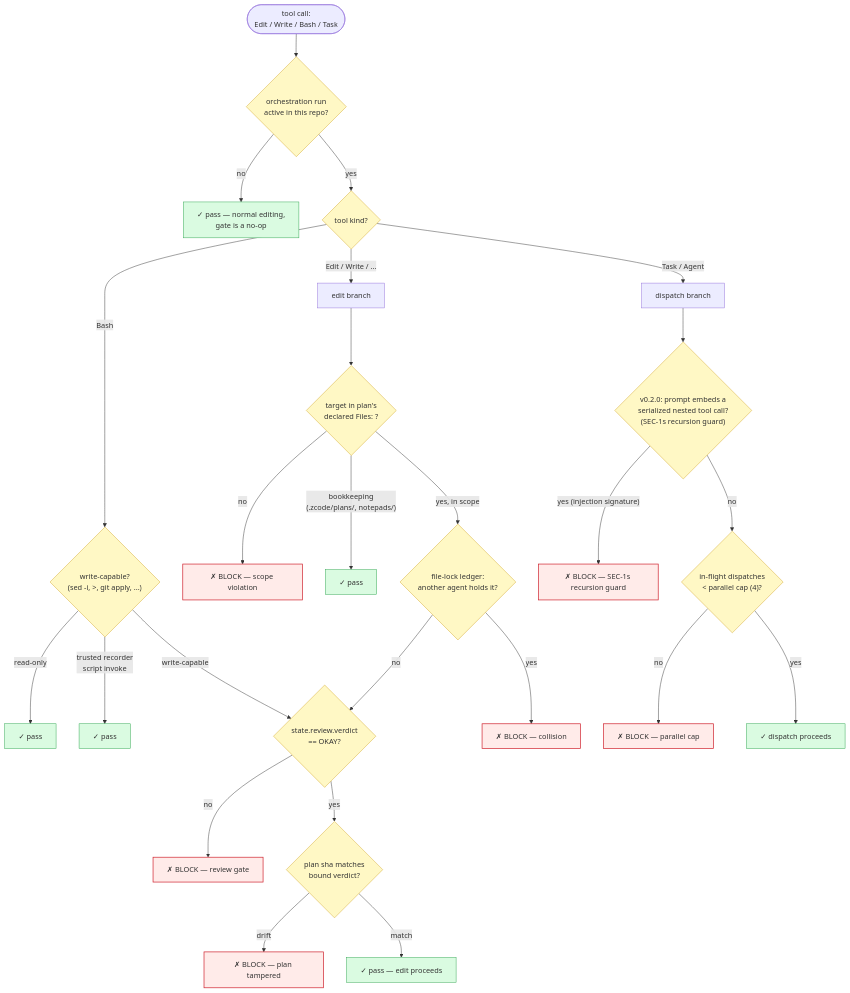
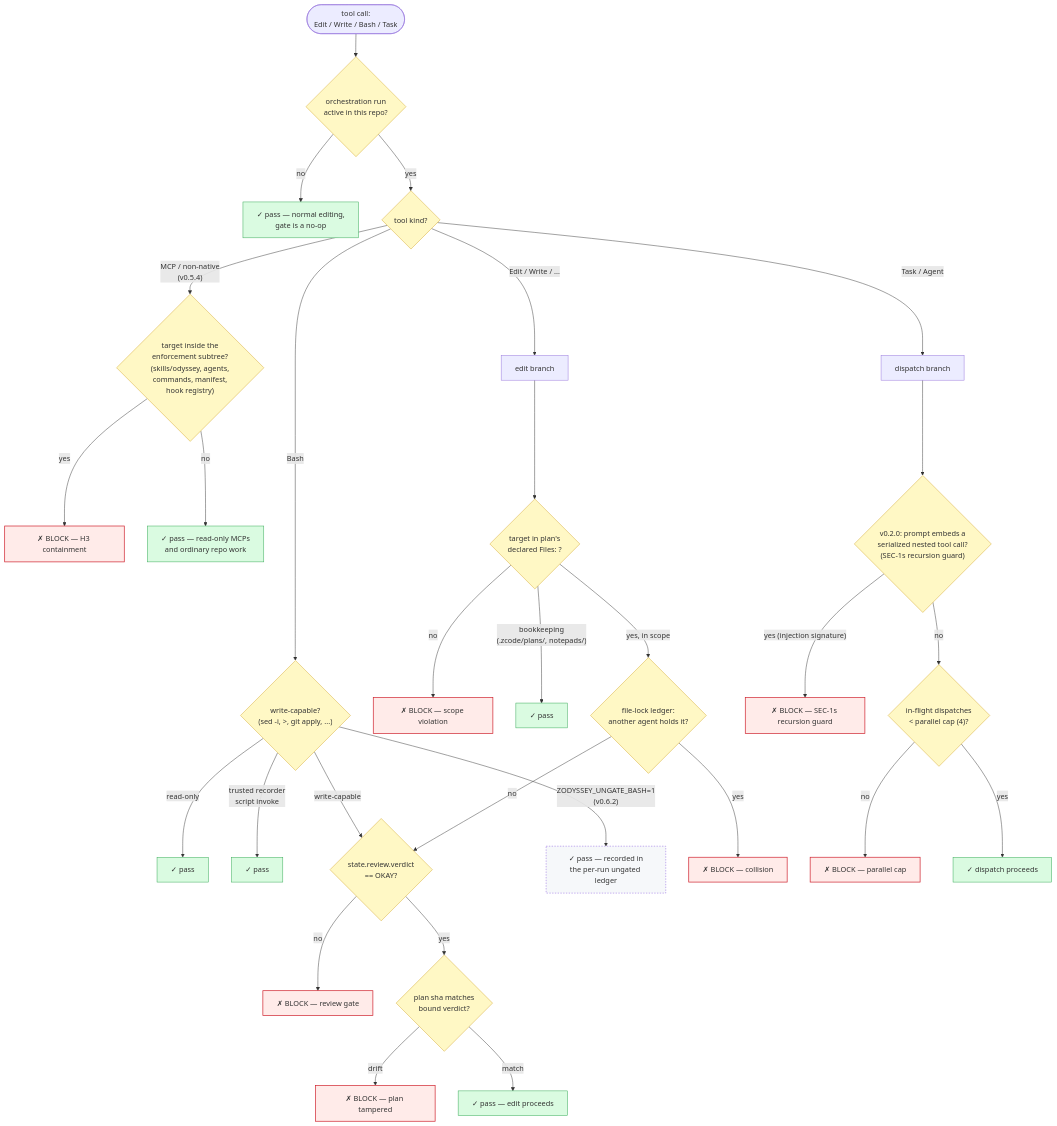
One commit to amartinawi/zodyssey changed the fourth of 6 diagrams in docs/diagrams.md. Above: the diagram before and after it, drawn with Mermaid. The commit also changed other lines of this file and 7 other files, not shown here.

First line of the commit message:
docs: refresh README + diagrams for v0.5.4-v0.6.3; correct the zero-caller caveat

````diff
--- a/docs/diagrams.md
+++ b/docs/diagrams.md
@@ -100,39 +130,46 @@
 ```mermaid
 flowchart TD
     START(["tool call:<br/>Edit / Write / Bash / Task"]) --> ACTIVE{"orchestration run<br/>active in this repo?"}
     ACTIVE -- "no" --> PASS1["✓ pass — normal editing,<br/>gate is a no-op"]
     ACTIVE -- "yes" --> KIND{"tool kind?"}
 
     KIND -- "Task / Agent" --> DISP["dispatch branch"]
     KIND -- "Bash" --> BASH{"write-capable?<br/>(sed -i, >, git apply, ...)"}
     KIND -- "Edit / Write / ..." --> EDIT["edit branch"]
+    KIND -- "MCP / non-native<br/>(v0.5.4)" --> MCP{"target inside the<br/>enforcement subtree?<br/>(skills/odyssey, agents,<br/>commands, manifest,<br/>hook registry)"}
+
+    MCP -- "yes" --> BLOCK6["✗ BLOCK — H3 containment"]
+    MCP -- "no" --> PASS7["✓ pass — read-only MCPs<br/>and ordinary repo work"]
 
     BASH -- "read-only" --> PASS2["✓ pass"]
     BASH -- "trusted recorder<br/>script invoke" --> PASS3["✓ pass"]
     BASH -- "write-capable" --> VERDICT1
+    BASH -- "ZODYSSEY_UNGATE_BASH=1<br/>(v0.6.2)" --> LEDGER["✓ pass — recorded in<br/>the per-run ungated ledger"]
 
     EDIT --> SCOPE{"target in plan's<br/>declared Files: ?"}
     SCOPE -- "no" --> BLOCK1["✗ BLOCK — scope violation"]
     SCOPE -- "bookkeeping<br/>(.zcode/plans/, notepads/)" --> PASS4["✓ pass"]
     SCOPE -- "yes, in scope" --> LOCK{"file-lock ledger:<br/>another agent holds it?"}
     LOCK -- "yes" --> BLOCK2["✗ BLOCK — collision"]
     LOCK -- "no" --> VERDICT1{"state.review.verdict<br/>== OKAY?"}
 
     VERDICT1 -- "no" --> BLOCK3["✗ BLOCK — review gate"]
     VERDICT1 -- "yes" --> TAMPER{"plan sha matches<br/>bound verdict?"}
     TAMPER -- "drift" --> BLOCK4["✗ BLOCK — plan tampered"]
     TAMPER -- "match" --> PASS5["✓ pass — edit proceeds"]
 
     DISP --> REC{"v0.2.0: prompt embeds a<br/>serialized nested tool call?<br/>(SEC-1s recursion guard)"}
     REC -- "yes (injection signature)" --> BLOCKR["✗ BLOCK — SEC-1s recursion guard"]
     REC -- "no" --> PCAP{"in-flight dispatches<br/>< parallel cap (4)?"}
     PCAP -- "no" --> BLOCK5["✗ BLOCK — parallel cap"]
     PCAP -- "yes" --> PASS6["✓ dispatch proceeds"]
 
     classDef pass fill:#dafbe1,stroke:#2da44e;
     classDef block fill:#ffebe9,stroke:#cf222e,stroke-width:1.5px;
     classDef decision fill:#fff8c5,stroke:#d4a72c;
-    class PASS1,PASS2,PASS3,PASS4,PASS5,PASS6 pass;
-    class BLOCK1,BLOCK2,BLOCK3,BLOCK4,BLOCK5,BLOCKR block;
-    class ACTIVE,KIND,SCOPE,LOCK,VERDICT1,TAMPER,PCAP,BASH,REC decision;
+    classDef audit fill:#f6f8fa,stroke:#8250df,stroke-dasharray:3 3;
+    class PASS1,PASS2,PASS3,PASS4,PASS5,PASS6,PASS7 pass;
+    class BLOCK1,BLOCK2,BLOCK3,BLOCK4,BLOCK5,BLOCK6,BLOCKR block;
+    class ACTIVE,KIND,SCOPE,LOCK,VERDICT1,TAMPER,PCAP,BASH,REC,MCP decision;
+    class LEDGER audit;
 ```
````
